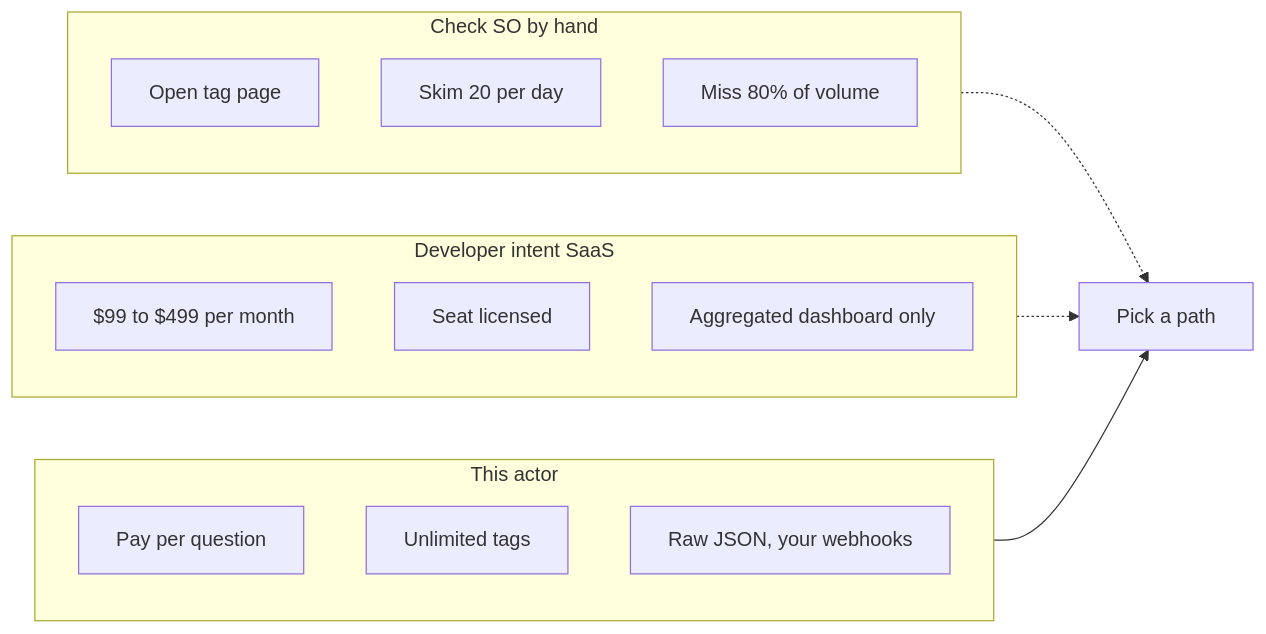
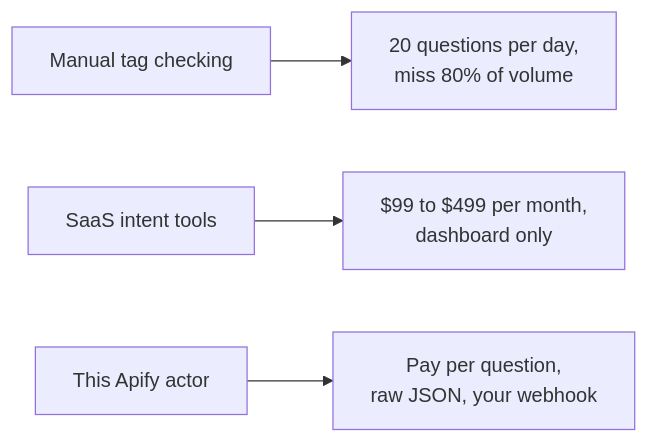
One commit to Ken-Mutisya/scrapemint changed the third of 3 diagrams in actors/stackoverflow-lead-monitor/README.md. Above: the diagram before and after it, drawn with Mermaid. The commit also changed other lines of this file, not shown here.

````diff
--- a/actors/stackoverflow-lead-monitor/README.md
+++ b/actors/stackoverflow-lead-monitor/README.md
@@ -58,21 +107,6 @@
 ```mermaid
 flowchart LR
-    subgraph Manual[Check SO by hand]
-        A1[Open tag page]
-        A2[Skim 20 per day]
-        A3[Miss 80% of volume]
-    end
-    subgraph SaaS[Developer intent SaaS]
-        B1[$99 to $499 per month]
-        B2[Seat licensed]
-        B3[Aggregated dashboard only]
-    end
-    subgraph Actor[This actor]
-        C1[Pay per question]
-        C2[Unlimited tags]
-        C3[Raw JSON, your webhooks]
-    end
-    Manual -.-> X[Pick a path]
-    SaaS -.-> X
-    Actor --> X
+    M[Manual tag checking] --> X[20 questions per day,<br/>miss 80% of volume]
+    S[SaaS intent tools] --> Y[$99 to $499 per month,<br/>dashboard only]
+    A[This Apify actor] --> Z[Pay per question,<br/>raw JSON, your webhook]
 ```
````
